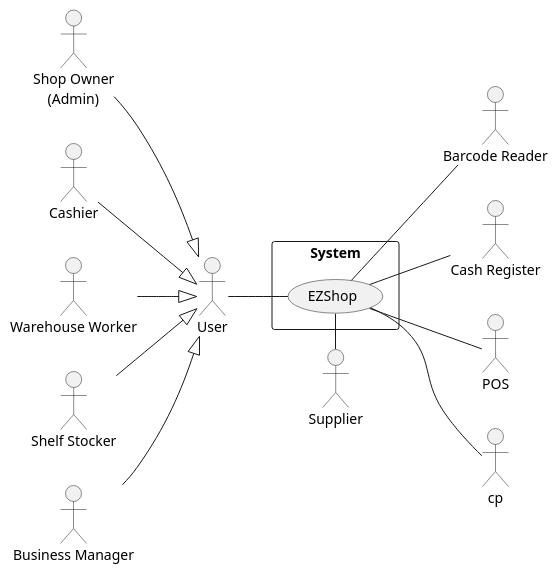
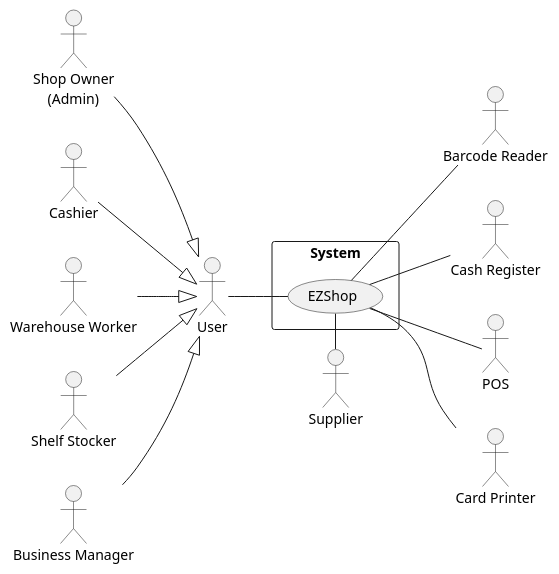
The first of 5 diagrams in Deliverables/RequirementsDocument.md (gioele-scaletta/EZShop-Software-Engineering-Project), drawn with PlantUML before and after one commit. The commit also changed other lines of this file, not shown here.

````diff
--- a/Deliverables/RequirementsDocument.md
+++ b/Deliverables/RequirementsDocument.md
@@ -59,31 +59,32 @@
 ```plantuml
 left to right direction
  
 actor "User" as u
 actor "Shop Owner\n    (Admin)" as so
 actor "Cashier" as c
 actor "Warehouse Worker" as ww
 actor "Shelf Stocker" as ss
 actor "Barcode Reader" as br
 actor "Cash Register" as cr
 actor "POS" as p
+actor "Card Printer" as cp
 actor "Supplier" as s
 actor "Business Manager" as bm
  
 rectangle System {
     usecase EZShop
 }
  
 so --|> u
 c --|> u
 ww --|> u
 ss --|> u
 bm --|> u
  
 u -- EZShop
 EZShop -- br
 EZShop -- cr
 EZShop -- p
 EZShop -- cp
 s - EZShop
 ```
````
